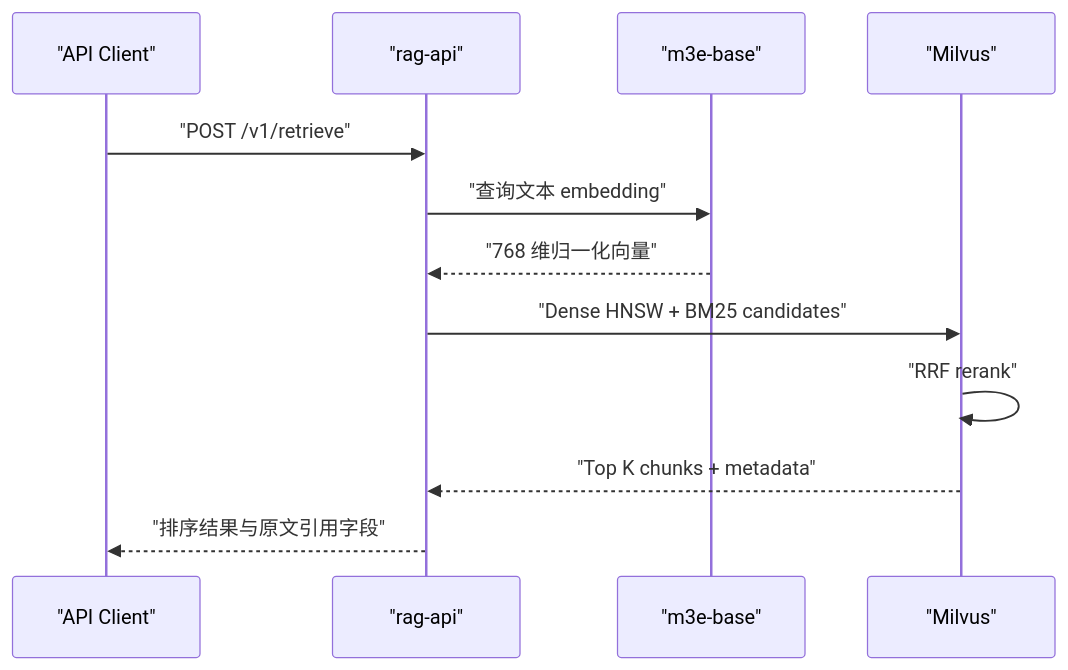
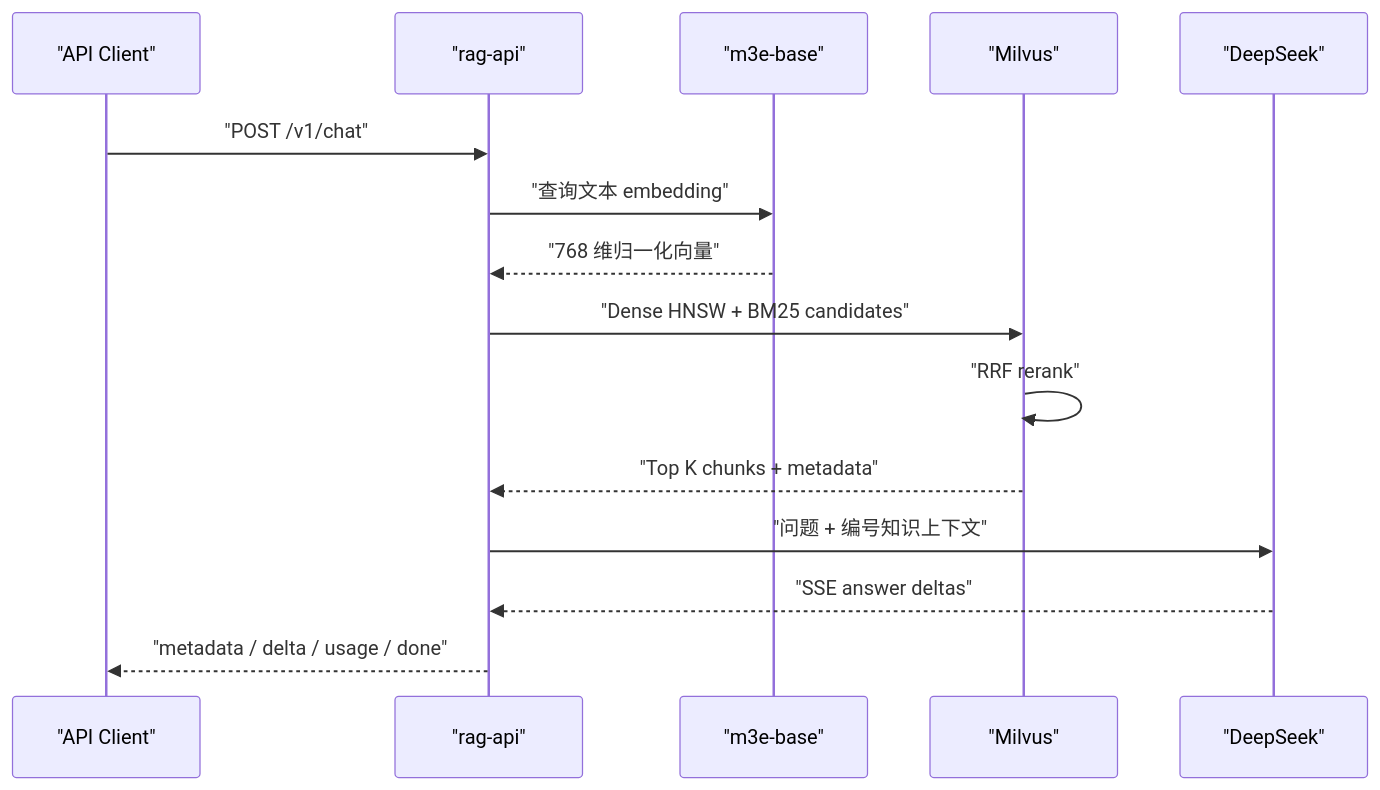
One commit to wwbotww/Intern26-spb changed the second of 2 diagrams in docs/workspace-architecture.md. Above: the diagram before and after it, drawn with Mermaid. The commit also changed other lines of this file and 21 other files, not shown here.

Commit message:
feat: add grounded DeepSeek chat streaming

````diff
--- a/docs/workspace-architecture.md
+++ b/docs/workspace-architecture.md
@@ -115,14 +115,17 @@
 ```mermaid
 sequenceDiagram
     participant U as "API Client"
     participant A as "rag-api"
     participant E as "m3e-base"
     participant M as "Milvus"
-    U->>A: "POST /v1/retrieve"
+    participant D as "DeepSeek"
+    U->>A: "POST /v1/chat"
     A->>E: "查询文本 embedding"
     E-->>A: "768 维归一化向量"
     A->>M: "Dense HNSW + BM25 candidates"
     M->>M: "RRF rerank"
     M-->>A: "Top K chunks + metadata"
-    A-->>U: "排序结果与原文引用字段"
+    A->>D: "问题 + 编号知识上下文"
+    D-->>A: "SSE answer deltas"
+    A-->>U: "metadata / delta / usage / done"
 ```
````
